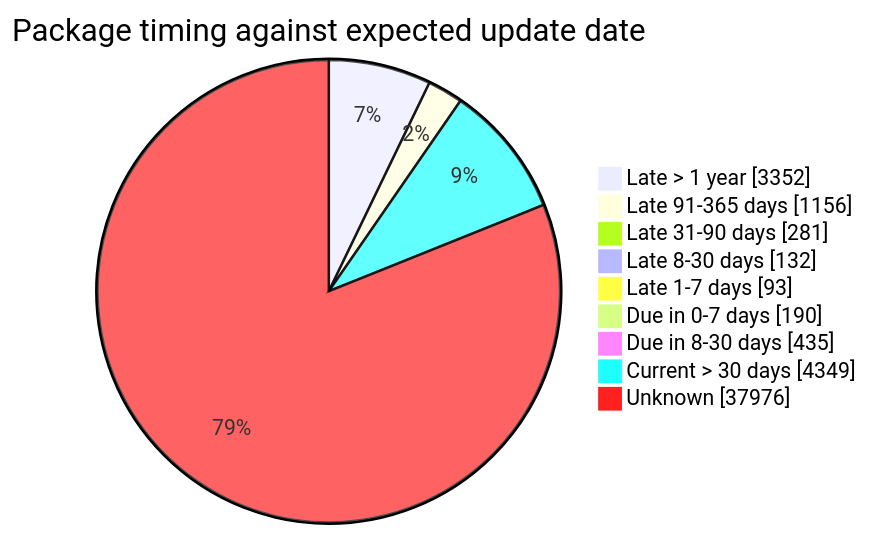
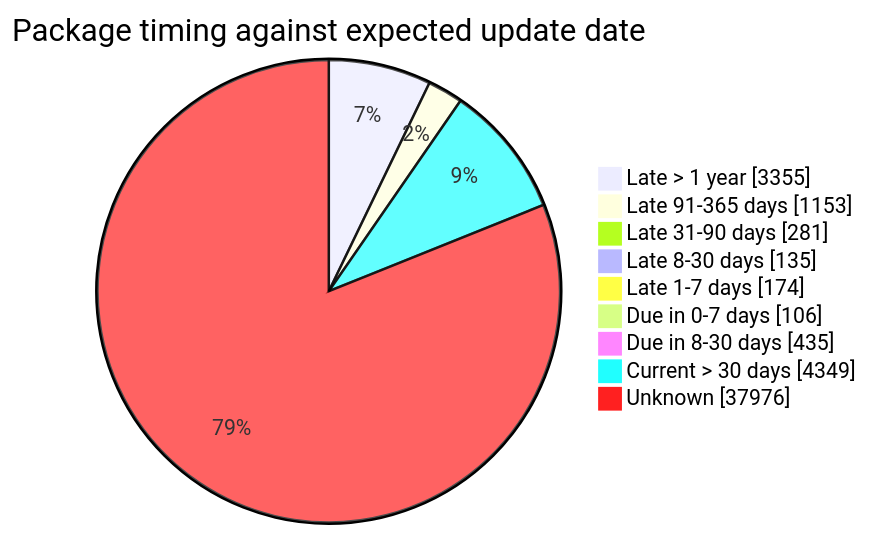
One commit to open-data/analytics-corporate-reporting changed the fourth of 5 diagrams in FreshCheck/README.md. Above: the diagram before and after it, drawn with Mermaid. The commit also changed other lines of this file and 3 other files, not shown here.

````diff
--- a/FreshCheck/README.md
+++ b/FreshCheck/README.md
@@ -86,12 +86,12 @@
 ```mermaid
 pie showData title Package timing against expected update date
-    "Late > 1 year": 3352
-    "Late 91-365 days": 1156
+    "Late > 1 year": 3355
+    "Late 91-365 days": 1153
     "Late 31-90 days": 281
-    "Late 8-30 days": 132
-    "Late 1-7 days": 93
-    "Due in 0-7 days": 190
+    "Late 8-30 days": 135
+    "Late 1-7 days": 174
+    "Due in 0-7 days": 106
     "Due in 8-30 days": 435
     "Current > 30 days": 4349
     "Unknown": 37976
 ```
````
